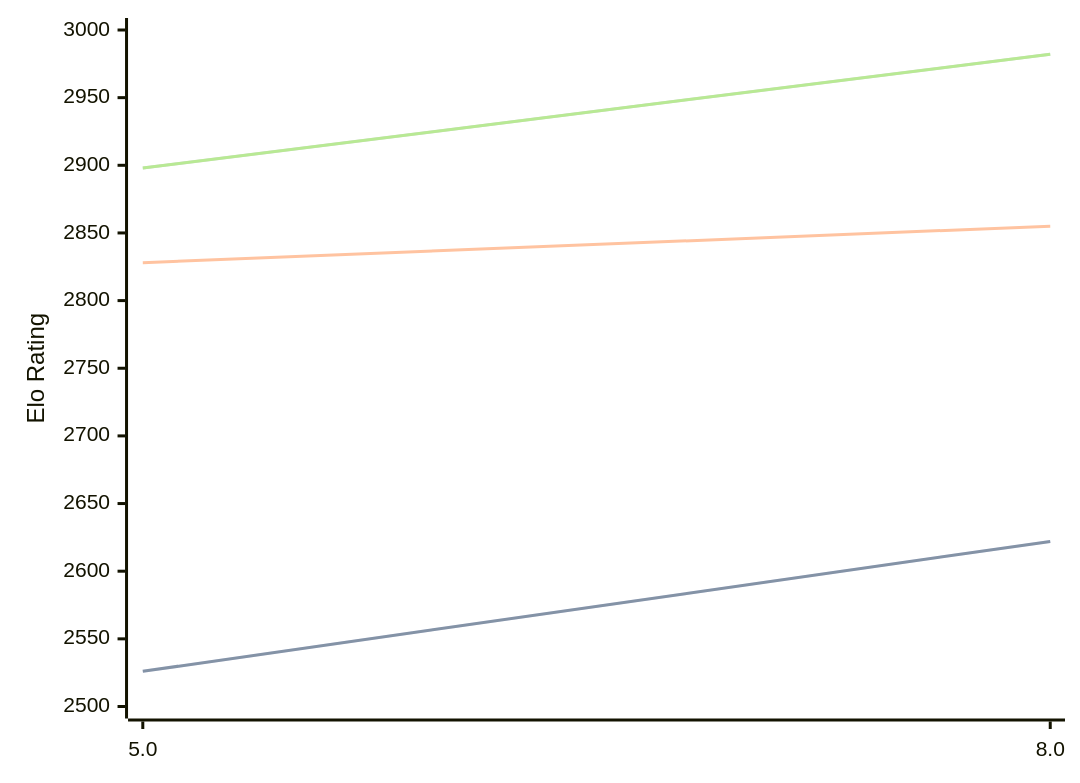
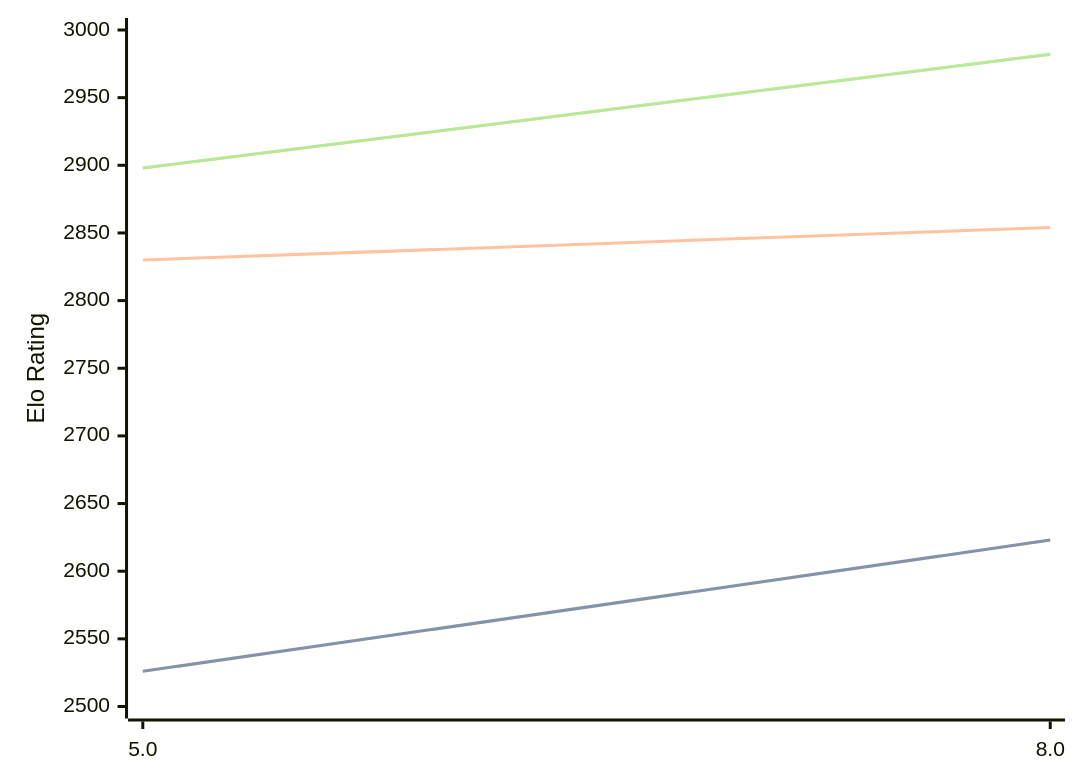
The diagram in engines/4kc.md (computer-chess-index/cci), drawn with Mermaid before and after one commit. The commit also changed other lines of this file, not shown here.

Commit message:
Update CCI Ratings (ELO VLTC) - 2026-04-22

````diff
--- a/engines/4kc.md
+++ b/engines/4kc.md
@@ -41,11 +41,11 @@
 ```mermaid
 %%{init: {"theme":"base","themeVariables":{"seriesColors:['#a3a3a3','#222221','#faa371']}}}%%
 xychart-beta
   x-axis ["5.0", "8.0"]
   y-axis "Elo Rating" 2500 --> 3000
-  line "STC (8.0+0.08s)" [2526, 2622]
-  line "STC (8.0+0.08s)" [2526, 2622]
-  line "LTC (60.0+0.60s)" [2828, 2855]
+  line "STC (8.0+0.08s)" [2526, 2623]
+  line "STC (8.0+0.08s)" [2526, 2623]
+  line "LTC (60.0+0.60s)" [2830, 2854]
   line "VLTC (2m24s+1.12s)" [2898, 2982]
   line "VLTC (2m24s+1.12s)" [2898, 2982]
 ```
````
